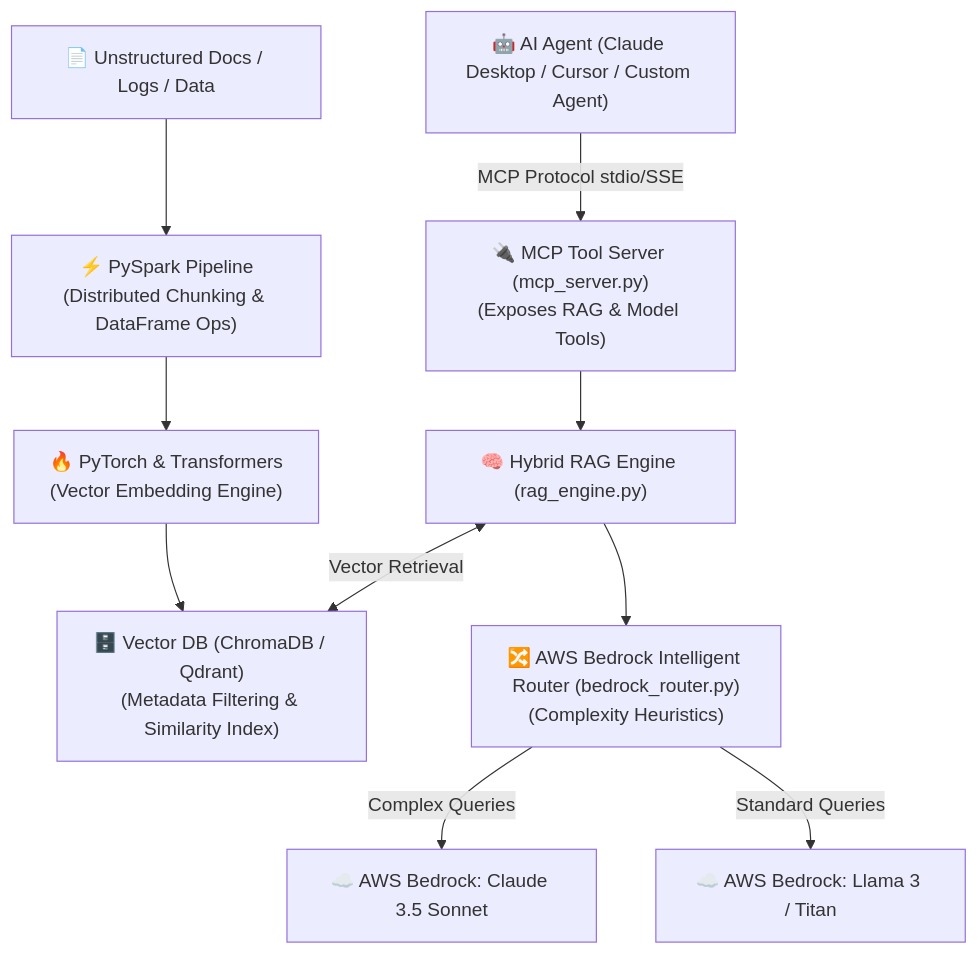
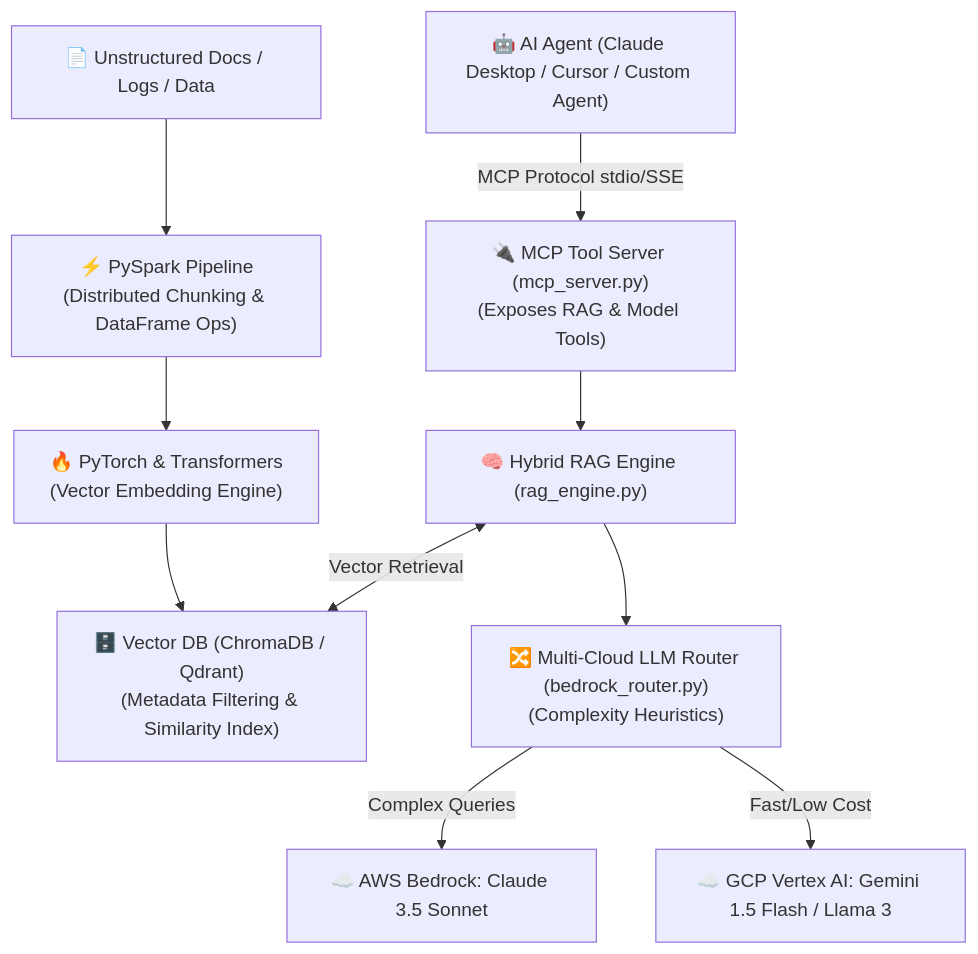
The diagram in README.md (rajachakraborti/rag-lakehouse), drawn with Mermaid before and after one commit. The commit also changed other lines of this file and 4 other files, not shown here.

Commit message:
Add Pulumi Python Infrastructure-as-Code for GCP Cloud Run and GCS

````diff
--- a/README.md
+++ b/README.md
@@ -19,14 +19,14 @@
 ```mermaid
 graph TD
     Docs["📄 Unstructured Docs / Logs / Data"] --> Spark["⚡ PySpark Pipeline\n(Distributed Chunking & DataFrame Ops)"]
     Spark --> PyTorch["🔥 PyTorch & Transformers\n(Vector Embedding Engine)"]
     PyTorch --> VectorDB["🗄️ Vector DB (ChromaDB / Qdrant)\n(Metadata Filtering & Similarity Index)"]
 
     Agent["🤖 AI Agent (Claude Desktop / Cursor / Custom Agent)"] -->|MCP Protocol stdio/SSE| MCPServer["🔌 MCP Tool Server (mcp_server.py)\n(Exposes RAG & Model Tools)"]
     MCPServer --> Engine["🧠 Hybrid RAG Engine (rag_engine.py)"]
     Engine <-->|Vector Retrieval| VectorDB
-    Engine --> Router["🔀 AWS Bedrock Intelligent Router (bedrock_router.py)\n(Complexity Heuristics)"]
+    Engine --> Router["🔀 Multi-Cloud LLM Router (bedrock_router.py)\n(Complexity Heuristics)"]
 
     Router -->|Complex Queries| Sonnet["☁️ AWS Bedrock: Claude 3.5 Sonnet"]
-    Router -->|Standard Queries| Llama["☁️ AWS Bedrock: Llama 3 / Titan"]
+    Router -->|Fast/Low Cost| Gemini["☁️ GCP Vertex AI: Gemini 1.5 Flash / Llama 3"]
 ```
````
